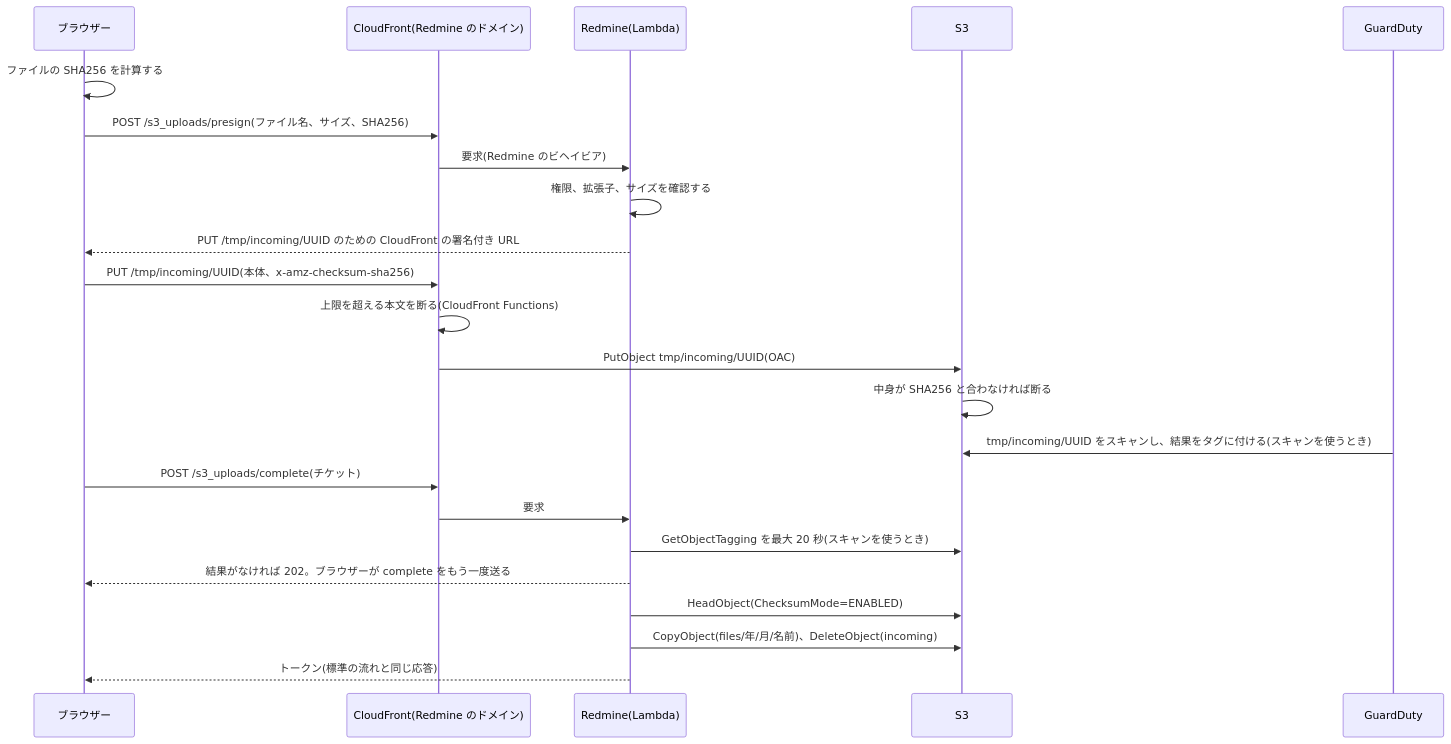
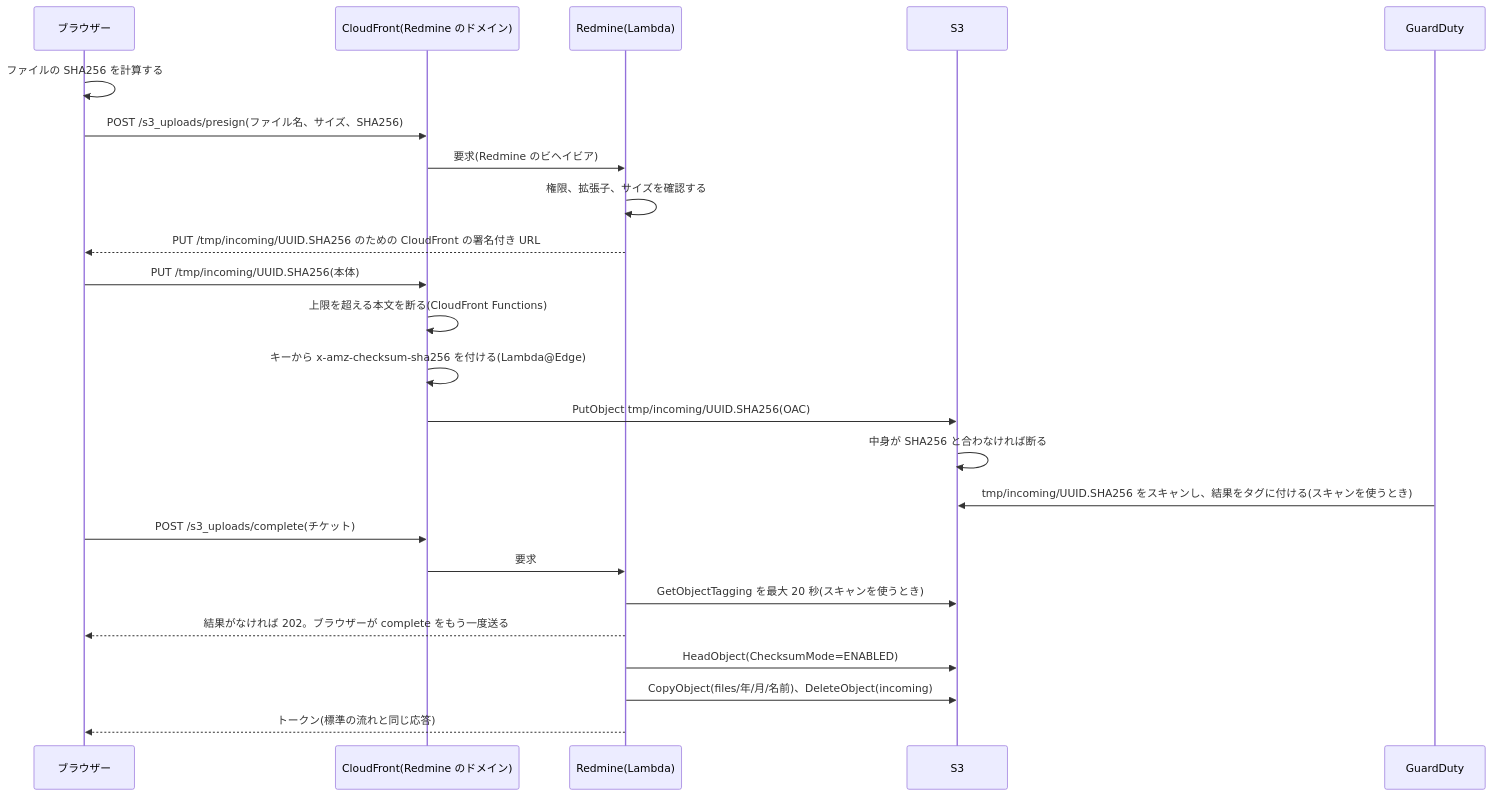
Before and after one commit to redmine-kit/redmine_aws_s3: the first of 3 diagrams in docs/ja/attachments.md, drawn with Mermaid. The commit also changed other lines of this file and 3 other files, not shown here.

````diff
--- a/docs/ja/attachments.md
+++ b/docs/ja/attachments.md
@@ -90,25 +90,26 @@
 ```mermaid
 sequenceDiagram
   participant B as ブラウザー
   participant C as CloudFront(Redmine のドメイン)
   participant R as Redmine(Lambda)
   participant S as S3
   participant G as GuardDuty
   B->>B: ファイルの SHA256 を計算する
   B->>C: POST /s3_uploads/presign(ファイル名、サイズ、SHA256)
   C->>R: 要求(Redmine のビヘイビア)
   R->>R: 権限、拡張子、サイズを確認する
-  R-->>B: PUT /tmp/incoming/UUID のための CloudFront の署名付き URL
-  B->>C: PUT /tmp/incoming/UUID(本体、x-amz-checksum-sha256)
+  R-->>B: PUT /tmp/incoming/UUID.SHA256 のための CloudFront の署名付き URL
+  B->>C: PUT /tmp/incoming/UUID.SHA256(本体)
   C->>C: 上限を超える本文を断る(CloudFront Functions)
-  C->>S: PutObject tmp/incoming/UUID(OAC)
+  C->>C: キーから x-amz-checksum-sha256 を付ける(Lambda@Edge)
+  C->>S: PutObject tmp/incoming/UUID.SHA256(OAC)
   S->>S: 中身が SHA256 と合わなければ断る
-  G->>S: tmp/incoming/UUID をスキャンし、結果をタグに付ける(スキャンを使うとき)
+  G->>S: tmp/incoming/UUID.SHA256 をスキャンし、結果をタグに付ける(スキャンを使うとき)
   B->>C: POST /s3_uploads/complete(チケット)
   C->>R: 要求
   R->>S: GetObjectTagging を最大 20 秒(スキャンを使うとき)
   R-->>B: 結果がなければ 202。ブラウザーが complete をもう一度送る
   R->>S: HeadObject(ChecksumMode=ENABLED)
   R->>S: CopyObject(files/年/月/名前)、DeleteObject(incoming)
   R-->>B: トークン(標準の流れと同じ応答)
 ```
````
